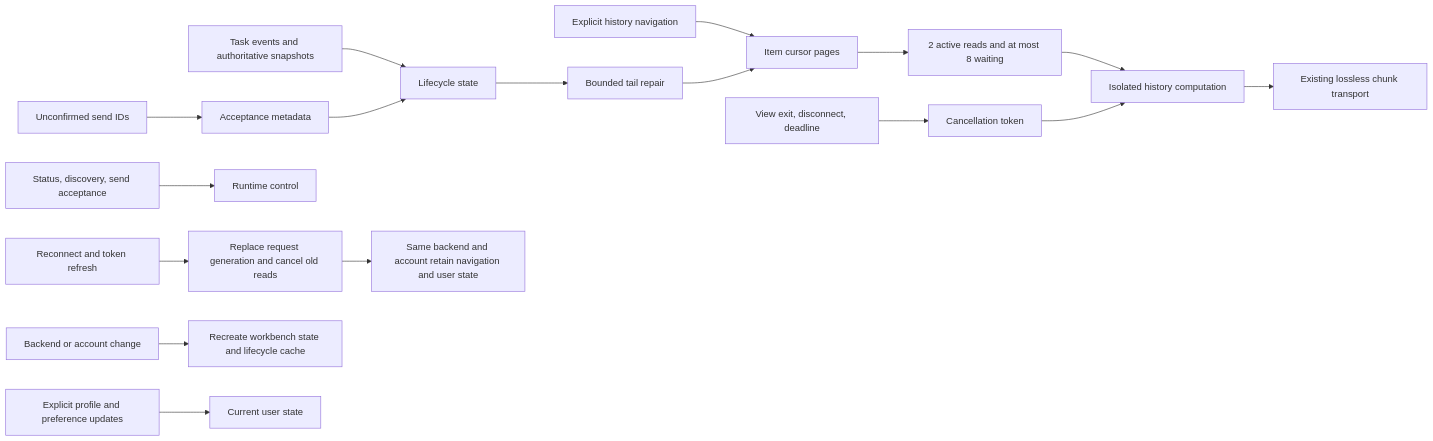
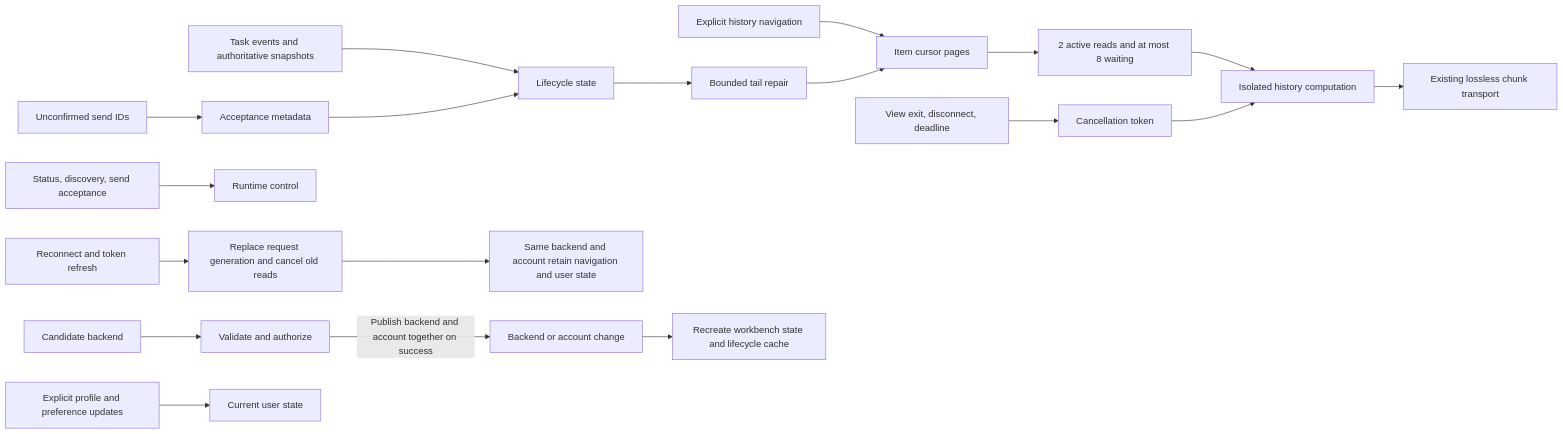
The diagram in docs/en/wegent/developer-guide/wework-runtime-responsiveness.md (wecode-ai/Wegent), drawn with Mermaid before and after one commit. The commit also changed other lines of this file and 3 other files, not shown here.

````diff
--- a/docs/en/wegent/developer-guide/wework-runtime-responsiveness.md
+++ b/docs/en/wegent/developer-guide/wework-runtime-responsiveness.md
@@ -33,19 +33,21 @@
 ```mermaid
 flowchart LR
     Stream[Task events and authoritative snapshots] --> Lifecycle[Lifecycle state]
     Queue[Unconfirmed send IDs] --> Receipts[Acceptance metadata]
     Receipts --> Lifecycle
     Lifecycle --> Repair[Bounded tail repair]
     User[Explicit history navigation] --> Page[Item cursor pages]
     Repair --> Page
     Page --> Admission[2 active reads and at most 8 waiting]
     Admission --> Worker[Isolated history computation]
     Worker --> Transfer[Existing lossless chunk transport]
     Cancel[View exit, disconnect, deadline] --> Token[Cancellation token]
     Token --> Worker
     Control[Status, discovery, send acceptance] --> Runtime[Runtime control]
     Transport[Reconnect and token refresh] --> Generation[Replace request generation and cancel old reads]
     Generation --> Preserve[Same backend and account retain navigation and user state]
     Owner[Backend or account change] --> Reset[Recreate workbench state and lifecycle cache]
+    Candidate[Candidate backend] --> Auth[Validate and authorize]
+    Auth -->|Publish backend and account together on success| Owner
     Profile[Explicit profile and preference updates] --> UserState[Current user state]
 ```
````
